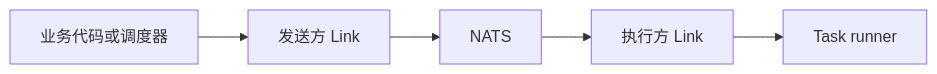
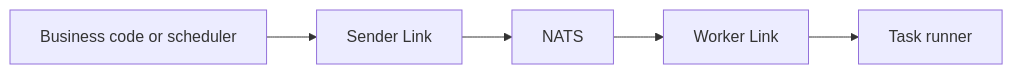
The second of 2 diagrams in docs/framework/event-task.md (yorun-ai/vine-site), drawn with Mermaid before and after one commit. The commit also changed other lines of this file and 107 other files, not shown here.

````diff
--- a/docs/framework/event-task.md
+++ b/docs/framework/event-task.md
@@ -109,4 +109,4 @@
 ```mermaid
 flowchart LR
-  Launcher["业务代码或调度器"] --> LinkA["发送方 Link"] --> NATS["NATS"] --> LinkB["执行方 Link"] --> Runner["Task runner"]
+  Launcher["Business code or scheduler"] --> LinkA["Sender Link"] --> NATS["NATS"] --> LinkB["Worker Link"] --> Runner["Task runner"]
 ```
````
